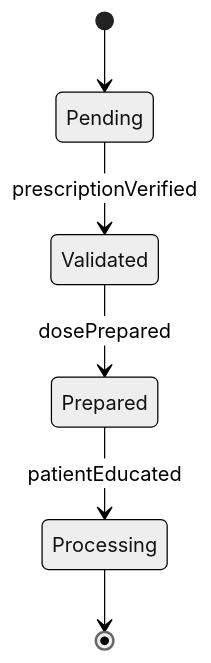
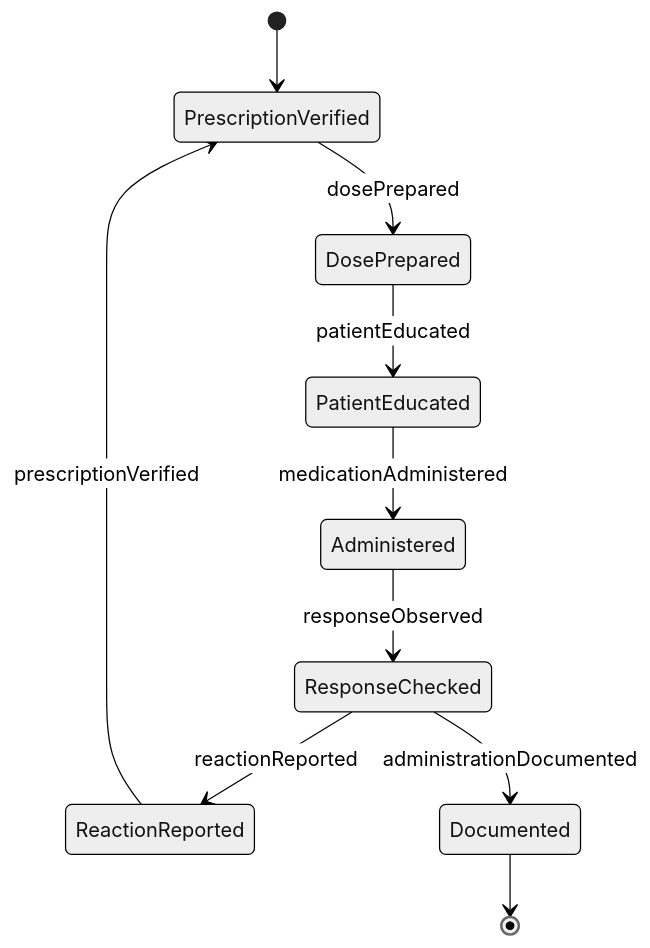
Before and after one commit to dot-org-ai/tasks.org.ai: the second of 4 diagrams in AssistingAndCaringForOthers/AdministerBasicHealthCareOrMedicalTreatments/AdministerNon-intravenousMedications.mdx, drawn with Mermaid (neutral theme). The commit also changed other lines of this file and 32 other files, not shown here.

First line of the commit message:
fix: Improve ER and State diagrams in 32 AssistingAndCaringForOthers DWA files

````diff
--- a/AssistingAndCaringForOthers/AdministerBasicHealthCareOrMedicalTreatments/AdministerNon-intravenousMedications.mdx
+++ b/AssistingAndCaringForOthers/AdministerBasicHealthCareOrMedicalTreatments/AdministerNon-intravenousMedications.mdx
@@ -99,8 +99,12 @@
 ```mermaid
 stateDiagram-v2
-    [*] --> Pending
-    Pending --> Validated : prescriptionVerified
-    Validated --> Prepared : dosePrepared
-    Prepared --> Processing : patientEducated
-    Processing --> [*]
+    [*] --> PrescriptionVerified
+    PrescriptionVerified --> DosePrepared : dosePrepared
+    DosePrepared --> PatientEducated : patientEducated
+    PatientEducated --> Administered : medicationAdministered
+    Administered --> ResponseChecked : responseObserved
+    ResponseChecked --> ReactionReported : reactionReported
+    ReactionReported --> PrescriptionVerified : prescriptionVerified
+    ResponseChecked --> Documented : administrationDocumented
+    Documented --> [*]
 ```
````
